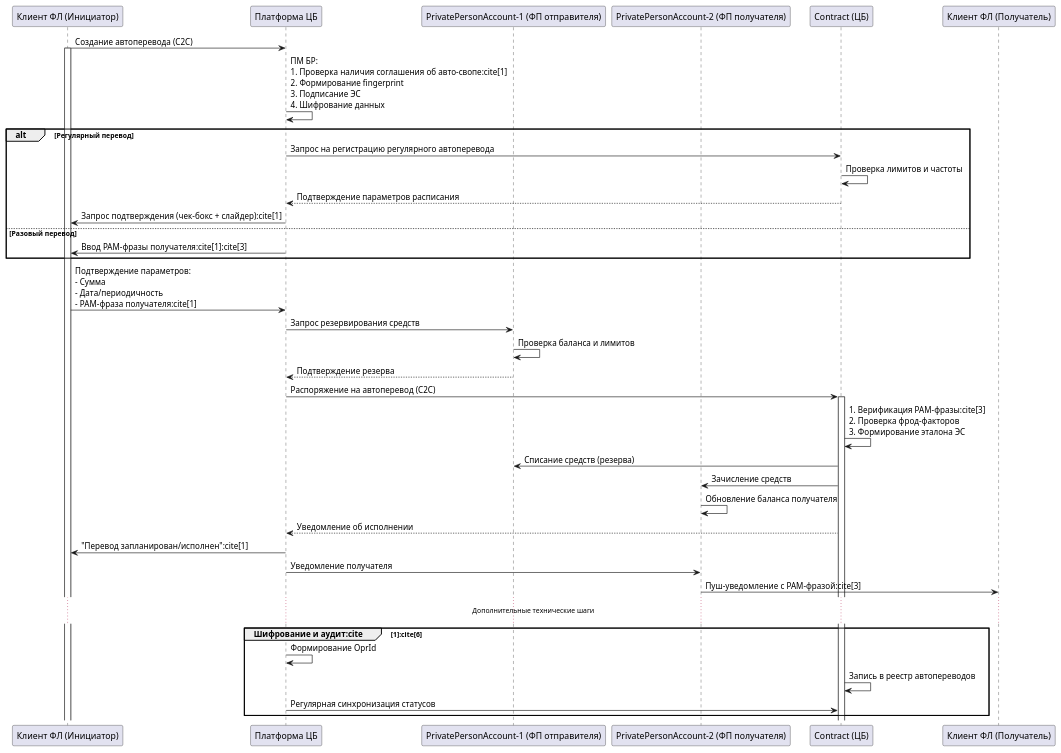
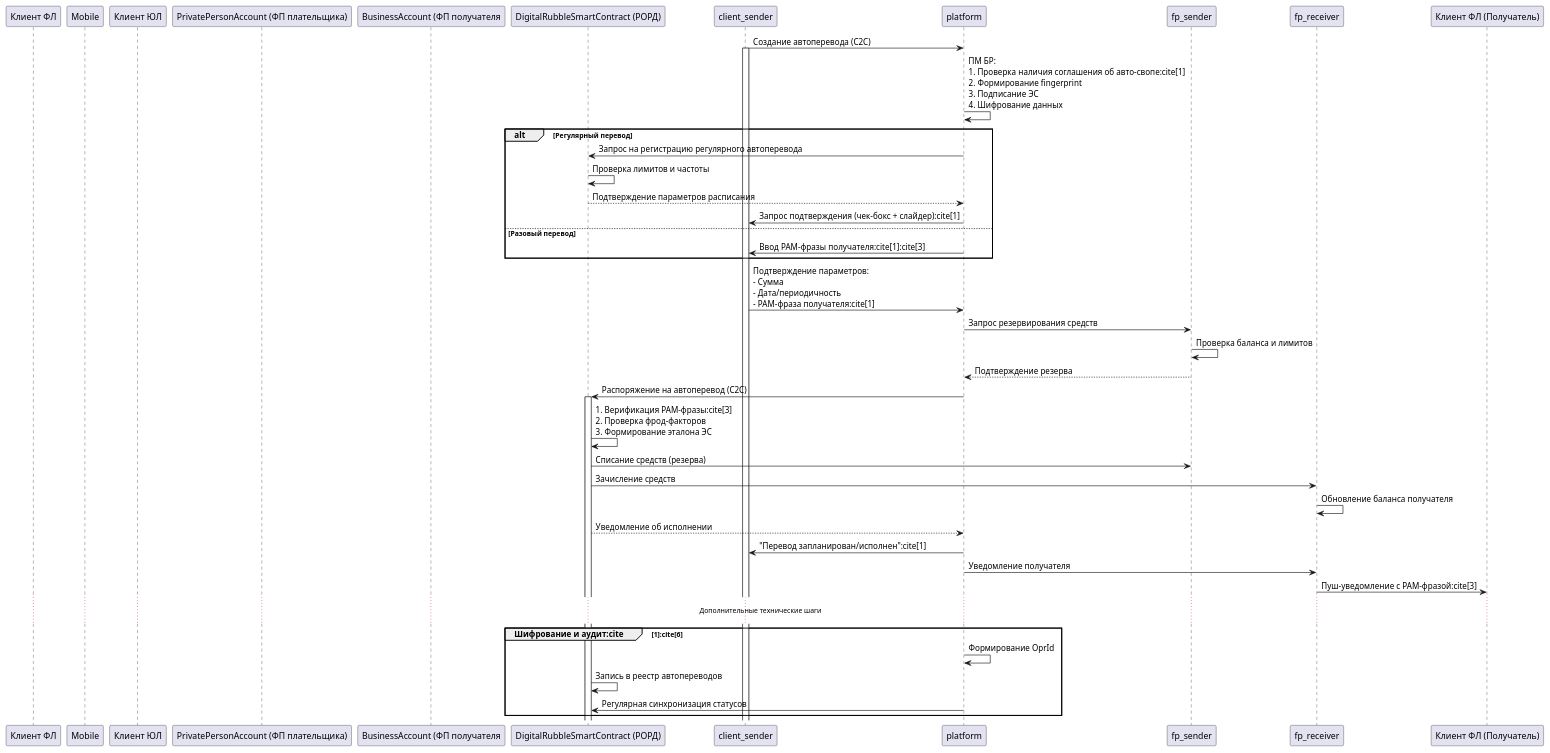
One commit to codez0mb1e/cbdc-architecture changed the diagram in case3.puml. Above: the diagram before and after it, drawn with PlantUML.

```diff
--- a/case3.puml
+++ b/case3.puml
@@ -1,48 +1,50 @@
-@startuml
-participant "Клиент ФЛ (Инициатор)" as client_sender
-participant "Платформа ЦБ" as platform
-participant "PrivatePersonAccount-1 (ФП отправителя)" as fp_sender
-participant "PrivatePersonAccount-2 (ФП получателя)" as fp_receiver
-participant "Сontract (ЦБ)" as cb
+@startuml CASE-1 payment
+participant "Клиент ФЛ" as client_fl
+participant "Mobile" as mobile
+participant "Клиент ЮЛ" as client_ul
+participant "PrivatePersonAccount (ФП плательщика)" as fp_in
+participant "BusinessAccount (ФП получателя" as fp_out
+participant "DigitalRubbleSmartContract (РОРД)" as cb
+
 
 client_sender -> platform: Создание автоперевода (C2C)
 activate client_sender
 
 platform -> platform: ПМ БР: \n1. Проверка наличия соглашения об авто-свопе:cite[1] \n2. Формирование fingerprint \n3. Подписание ЭС \n4. Шифрование данных
 
 alt Регулярный перевод
 platform -> cb: Запрос на регистрацию регулярного автоперевода
 cb -> cb: Проверка лимитов и частоты
 cb --> platform: Подтверждение параметров расписания
 platform -> client_sender: Запрос подтверждения (чек-бокс + слайдер):cite[1]
 else Разовый перевод
 platform -> client_sender: Ввод PAM-фразы получателя:cite[1]:cite[3]
 end
 
 client_sender -> platform: Подтверждение параметров: \n- Сумма \n- Дата/периодичность \n- PAM-фраза получателя:cite[1]
 
 platform -> fp_sender: Запрос резервирования средств
 fp_sender -> fp_sender: Проверка баланса и лимитов
 fp_sender --> platform: Подтверждение резерва
 
 platform -> cb: Распоряжение на автоперевод (C2C)
 activate cb
 cb -> cb: 1. Верификация PAM-фразы:cite[3]\n2. Проверка фрод-факторов\n3. Формирование эталона ЭС
 
 cb -> fp_sender: Списание средств (резерва)
 cb -> fp_receiver: Зачисление средств
 fp_receiver -> fp_receiver: Обновление баланса получателя
 
 cb --> platform: Уведомление об исполнении
 platform -> client_sender: "Перевод запланирован/исполнен":cite[1]
 platform -> fp_receiver: Уведомление получателя
 fp_receiver -> "Клиент ФЛ (Получатель)": Пуш-уведомление с PAM-фразой:cite[3]
 
 ... Дополнительные технические шаги ...
 group Шифрование и аудит:cite[1]:cite[6]
 platform -> platform: Формирование OprId
 cb -> cb: Запись в реестр автопереводов
 platform -> cb: Регулярная синхронизация статусов
 end
 
 @enduml
```
